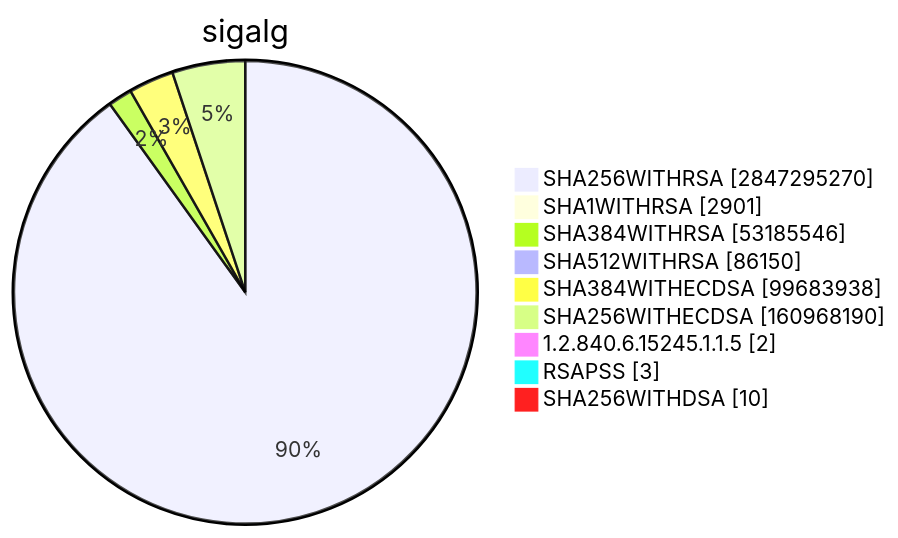
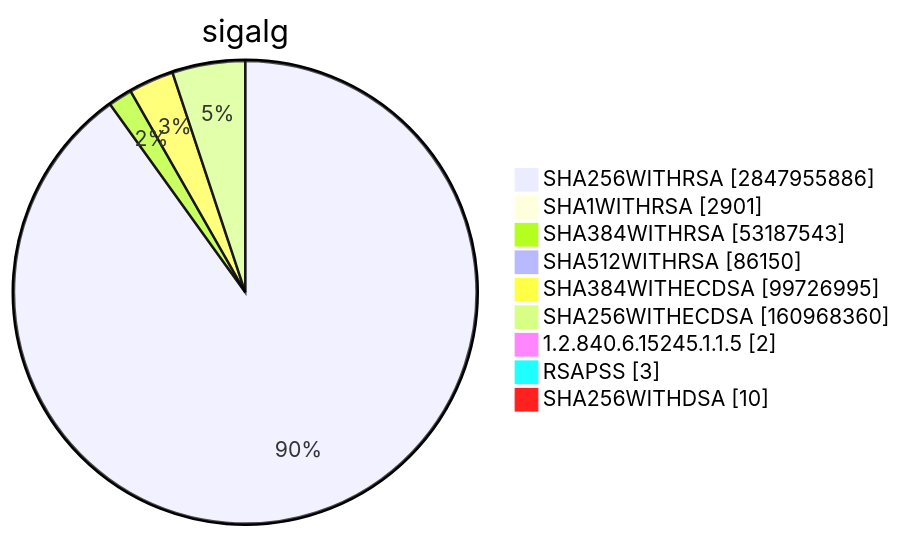
Diagram 15 of 15 in TOTAL/README.md (christiankrug/ctmonitor_visualization), drawn with Mermaid before and after one commit. The commit also changed other lines of this file, not shown here.

````diff
--- a/TOTAL/README.md
+++ b/TOTAL/README.md
@@ -6207,13 +6207,13 @@
 ```mermaid
 pie showData
 title sigalg
-"SHA256WITHRSA" :2847295270
+"SHA256WITHRSA" :2847955886
 "SHA1WITHRSA" :2901
-"SHA384WITHRSA" :53185546
+"SHA384WITHRSA" :53187543
 "SHA512WITHRSA" :86150
-"SHA384WITHECDSA" :99683938
-"SHA256WITHECDSA" :160968190
+"SHA384WITHECDSA" :99726995
+"SHA256WITHECDSA" :160968360
 "1.2.840.6.15245.1.1.5" :2
 "RSAPSS" :3
 "SHA256WITHDSA" :10
 ```
````
